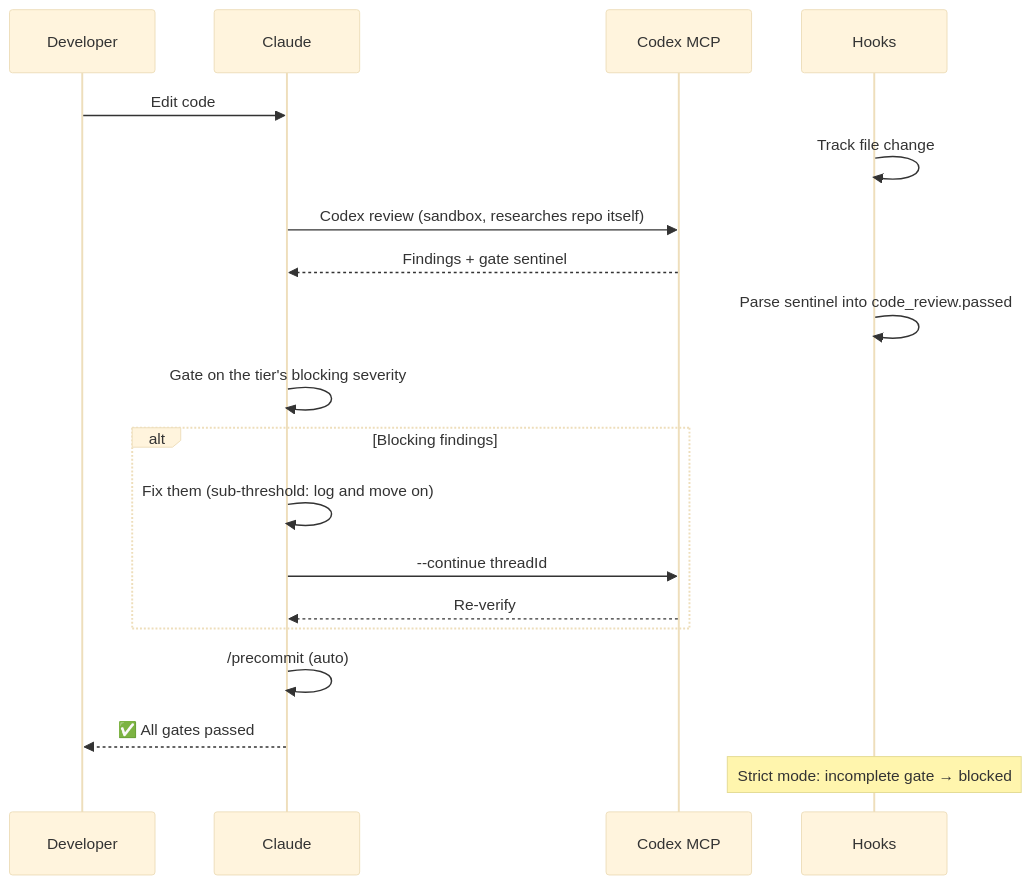
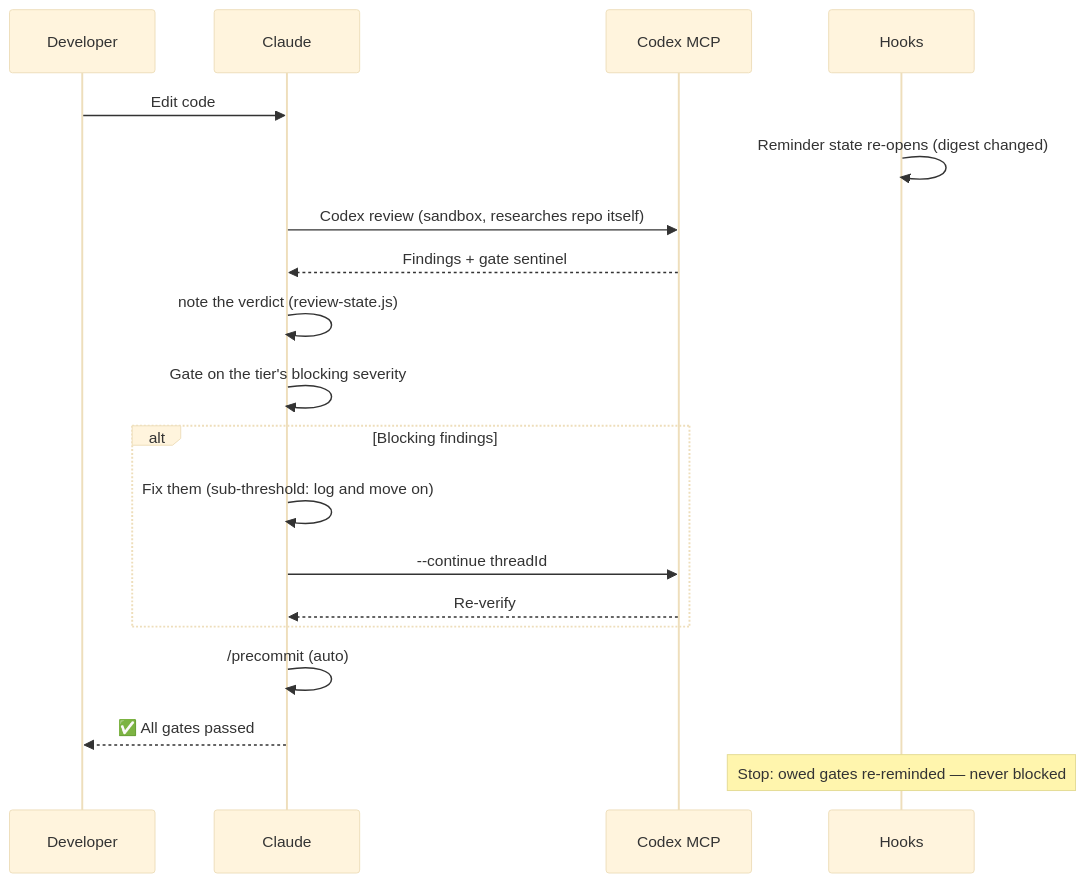
One commit to sd0xdev/sd0x-dev-flow changed the second of 3 diagrams in README.es.md. Above: the diagram before and after it, drawn with Mermaid (base theme). The commit also changed other lines of this file and 7 other files, not shown here.

````diff
--- a/README.es.md
+++ b/README.es.md
@@ -125,25 +120,25 @@
 ```mermaid
 sequenceDiagram
     participant D as Developer
     participant C as Claude
     participant X as Codex MCP
     participant H as Hooks
 
     D->>C: Edit code
-    H->>H: Track file change
+    H->>H: Reminder state re-opens (digest changed)
     C->>X: Codex review (sandbox, researches repo itself)
     X-->>C: Findings + gate sentinel
-    H->>H: Parse sentinel into code_review.passed
+    C->>C: note the verdict (review-state.js)
     C->>C: Gate on the tier's blocking severity
 
     alt Blocking findings
         C->>C: Fix them (sub-threshold: log and move on)
         C->>X: --continue threadId
         X-->>C: Re-verify
     end
 
     C->>C: /precommit (auto)
     C-->>D: ✅ All gates passed
 
-    Note over H: Strict mode: incomplete gate → blocked
+    Note over H: Stop: owed gates re-reminded — never blocked
 ```
````
